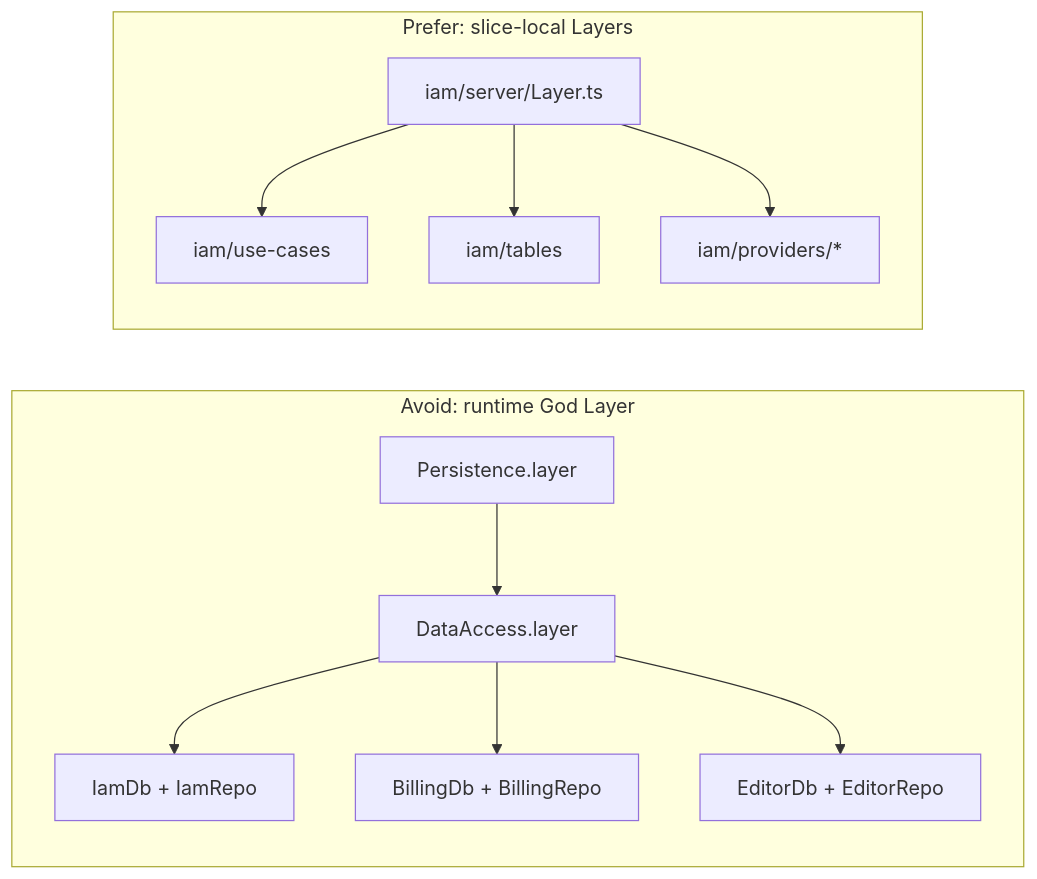
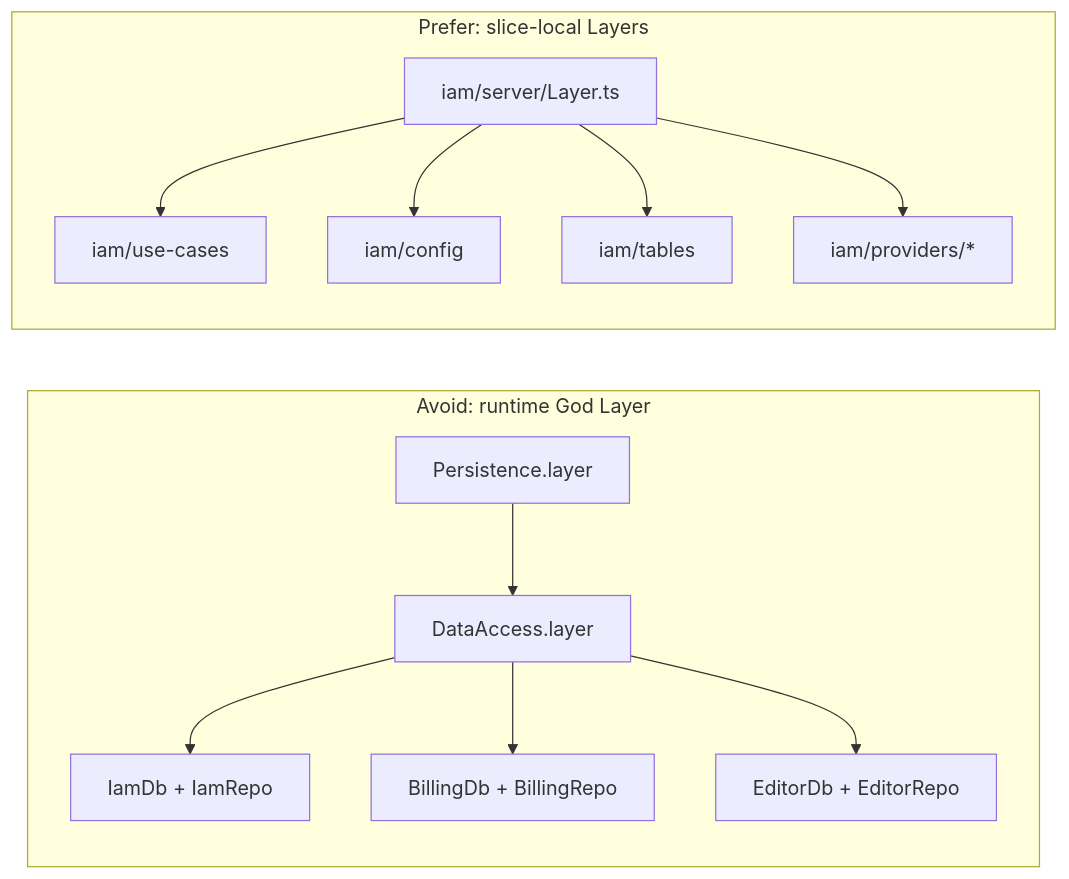
The sixth of 6 diagrams in standards/ARCHITECTURE.md (kriegcloud/beep-effect), drawn with Mermaid before and after one commit. The commit also changed other lines of this file and 292 other files, not shown here.

````diff
--- a/standards/ARCHITECTURE.md
+++ b/standards/ARCHITECTURE.md
@@ -835,24 +944,26 @@
 ```mermaid
 flowchart LR
   subgraph god["Avoid: runtime God Layer"]
     data["DataAccess.layer"]
     p["Persistence.layer"]
     iam["IamDb + IamRepo"]
     billing["BillingDb + BillingRepo"]
     editor["EditorDb + EditorRepo"]
     data --> iam
     data --> billing
     data --> editor
     p --> data
   end
 
   subgraph local["Prefer: slice-local Layers"]
     iamLayer["iam/server/Layer.ts"]
+    iamConfig["iam/config"]
     iamProviders["iam/providers/*"]
     iamTables["iam/tables"]
     iamUse["iam/use-cases"]
     iamLayer --> iamUse
+    iamLayer --> iamConfig
     iamLayer --> iamTables
     iamLayer --> iamProviders
   end
 ```
````
